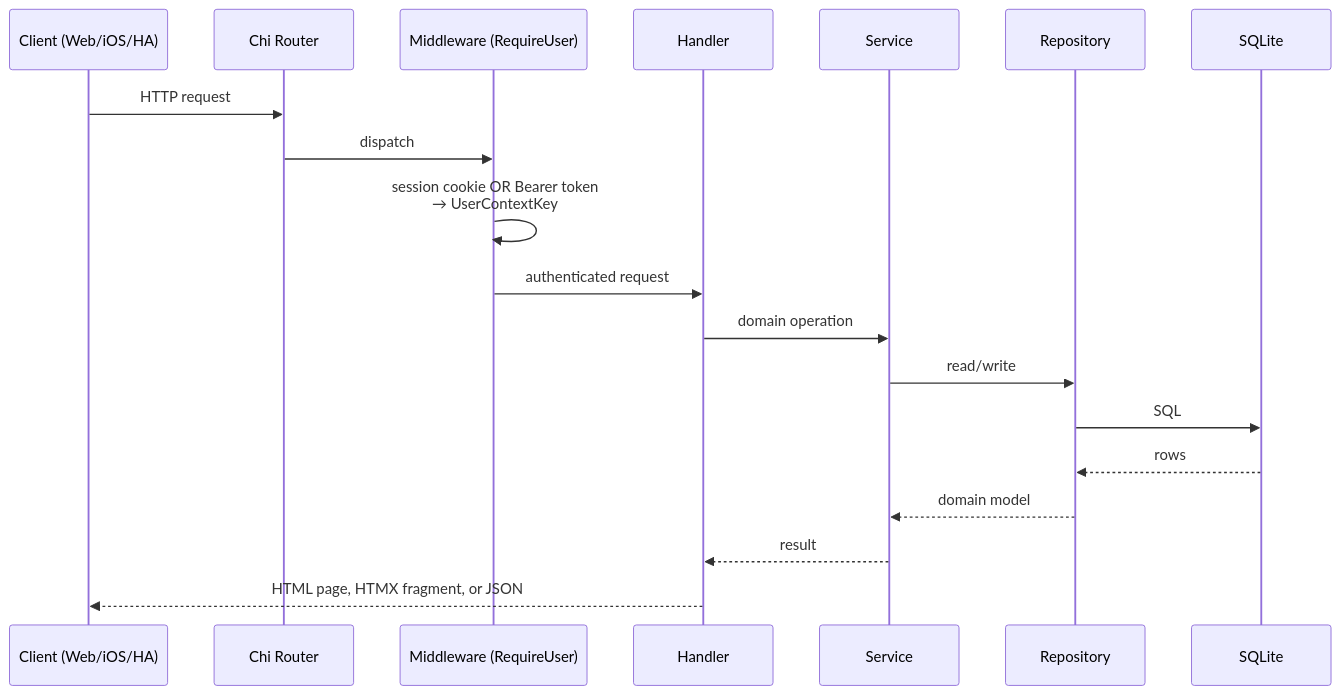
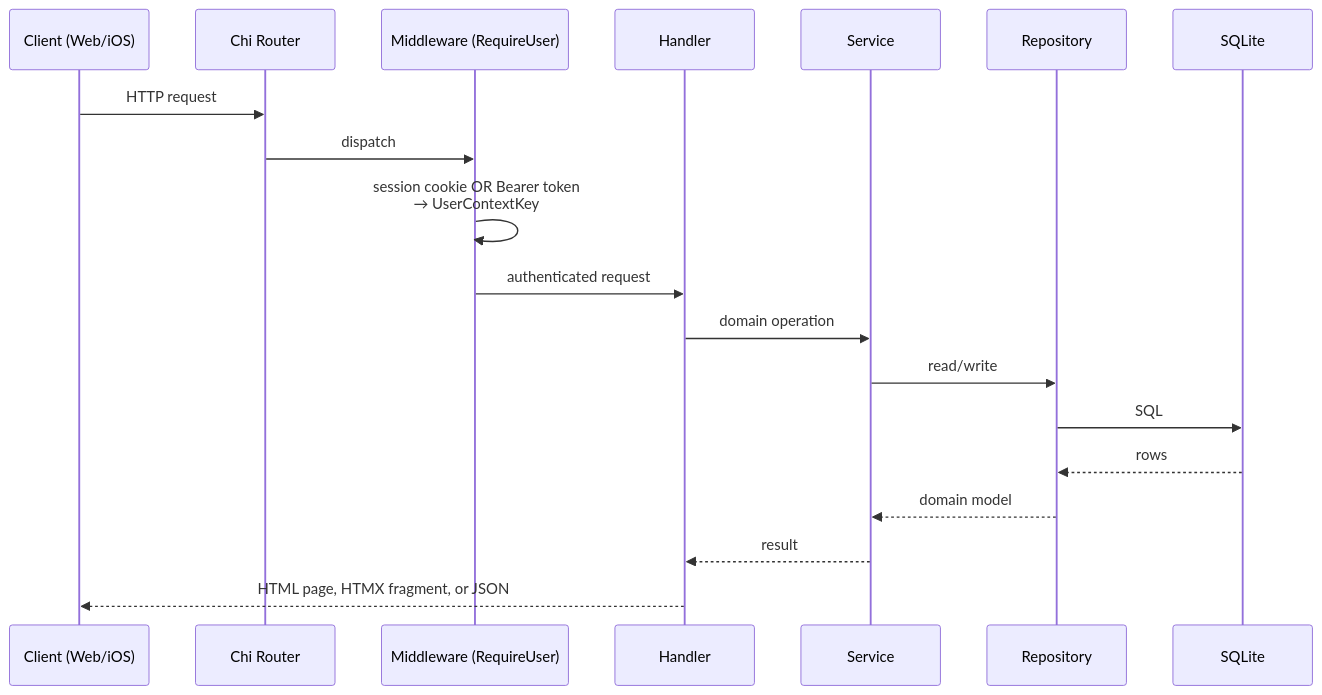
The second of 4 diagrams in docs/ARCHITECTURE.md (BenSuskins/family-hub), drawn with Mermaid before and after one commit. The commit also changed other lines of this file and 57 other files, not shown here.

````diff
--- a/docs/ARCHITECTURE.md
+++ b/docs/ARCHITECTURE.md
@@ -41,21 +40,21 @@
 ```mermaid
 sequenceDiagram
-    participant C as Client (Web/iOS/HA)
+    participant C as Client (Web/iOS)
     participant R as Chi Router
     participant M as Middleware (RequireUser)
     participant H as Handler
     participant S as Service
     participant Repo as Repository
     participant DB as SQLite
     C->>R: HTTP request
     R->>M: dispatch
     M->>M: session cookie OR Bearer token<br/>→ UserContextKey
     M->>H: authenticated request
     H->>S: domain operation
     S->>Repo: read/write
     Repo->>DB: SQL
     DB-->>Repo: rows
     Repo-->>S: domain model
     S-->>H: result
     H-->>C: HTML page, HTMX fragment, or JSON
 ```
````
